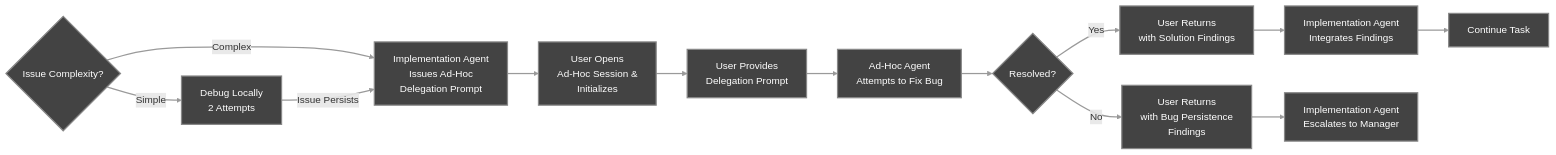
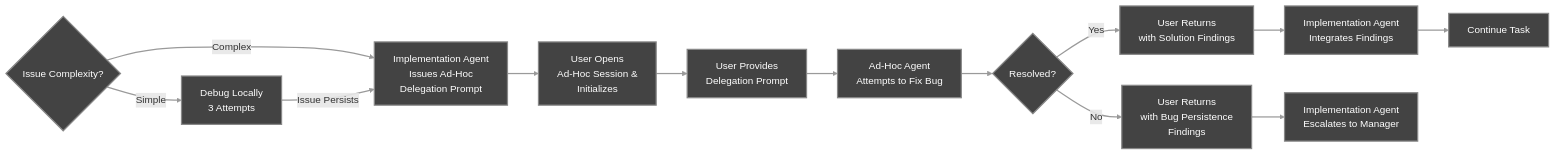
The fourth of 5 diagrams in docs/Workflow_Overview.md (sdi2200262/agentic-project-management), drawn with Mermaid before and after one commit. The commit also changed other lines of this file and 2 other files, not shown here.

````diff
--- a/docs/Workflow_Overview.md
+++ b/docs/Workflow_Overview.md
@@ -159,20 +156,20 @@
 ```mermaid
 graph LR
     B{Issue Complexity?}
-    B -->|Simple| C[Debug Locally<br/>2 Attempts]
+    B -->|Simple| C[Debug Locally<br/>3 Attempts]
     B -->|Complex| D[Implementation Agent<br/>Issues Ad-Hoc<br/>Delegation Prompt]
     C -->|Issue Persists| D
 
     D --> E[User Opens<br/>Ad-Hoc Session &<br/>Initializes]
     E --> F[User Provides<br/>Delegation Prompt]
     F --> G[Ad-Hoc Agent<br/>Attempts to Fix Bug]
     G --> H{Resolved?}
     H -->|Yes| I[User Returns<br/>with Solution Findings]
     H -->|No| J[User Returns<br/>with Bug Persistence<br/>Findings]
     I --> K[Implementation Agent<br/>Integrates Findings]
     K --> L[Continue Task]
     J --> M[Implementation Agent<br/>Escalates to Manager]
     
     classDef default fill:#434343,stroke:#888888,stroke-width:2px,color:#ffffff
     linkStyle default stroke:#9A9A9A,stroke-width:2px
 ```
````
